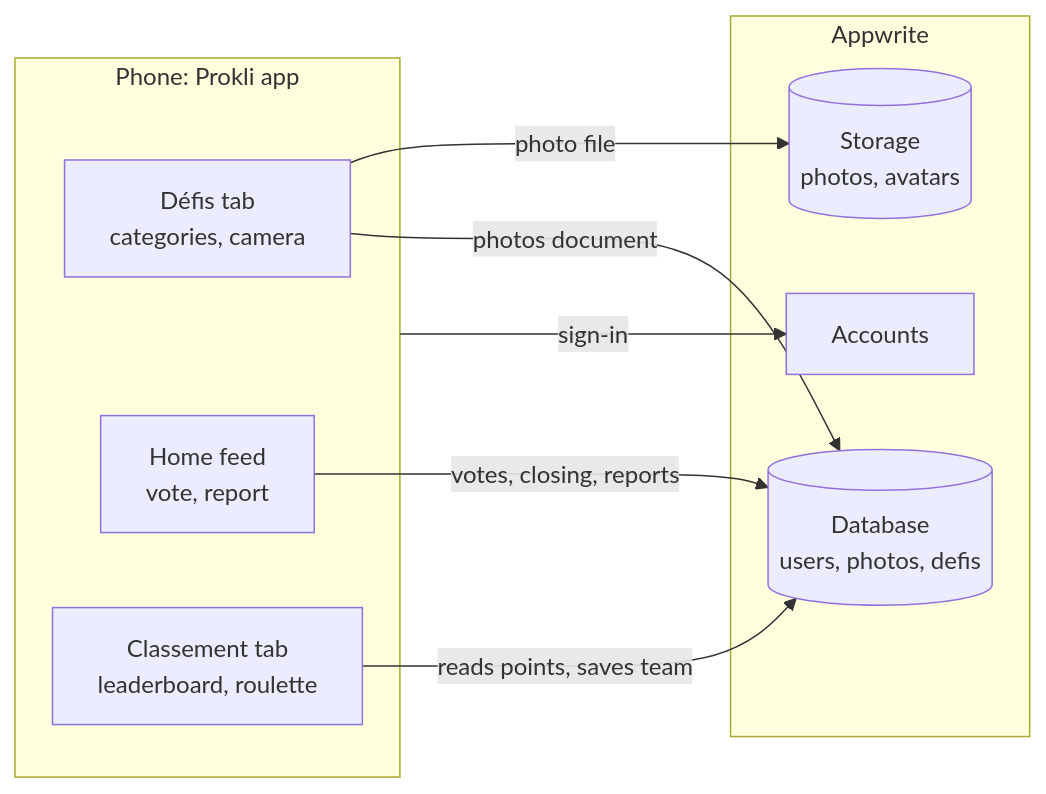
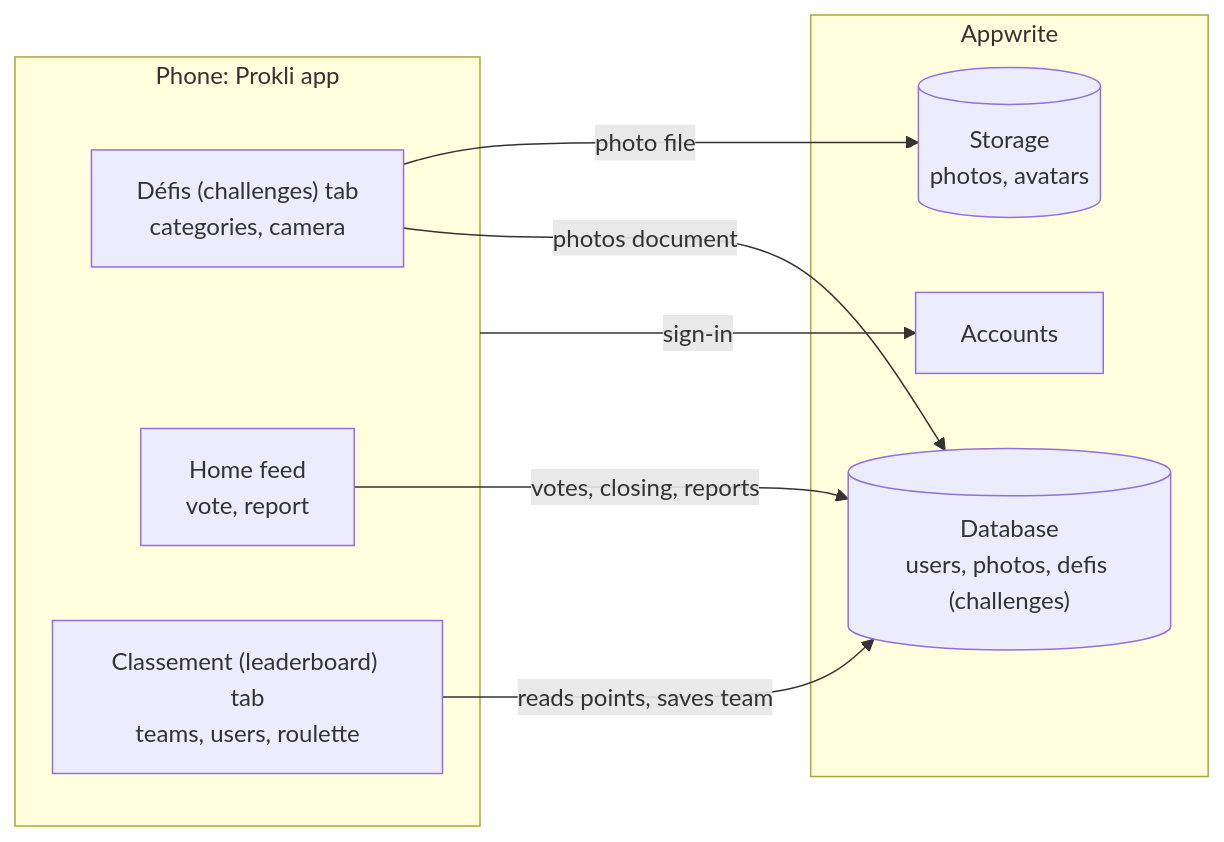
One commit to Saccharoze/Prokli changed the diagram in README.md. Above: the diagram before and after it, drawn with Mermaid. The commit also changed other lines of this file and 2 other files, not shown here.

Commit message:
docs: English translations of the French names

````diff
--- a/README.md
+++ b/README.md
@@ -14,18 +14,18 @@
 ```mermaid
 flowchart LR
   subgraph PHONE["Phone: Prokli app"]
-    DEF["Défis tab<br/>categories, camera"]
+    DEF["Défis (challenges) tab<br/>categories, camera"]
     HOME["Home feed<br/>vote, report"]
-    RANK["Classement tab<br/>leaderboard, roulette"]
+    RANK["Classement (leaderboard) tab<br/>teams, users, roulette"]
   end
   subgraph AW["Appwrite"]
     AUTH["Accounts"]
-    DB[("Database<br/>users, photos, defis")]
+    DB[("Database<br/>users, photos, defis (challenges)")]
     ST[("Storage<br/>photos, avatars")]
   end
   PHONE -- "sign-in" --> AUTH
   DEF -- "photo file" --> ST
   DEF -- "photos document" --> DB
   HOME -- "votes, closing, reports" --> DB
   RANK -- "reads points, saves team" --> DB
 ```
````
